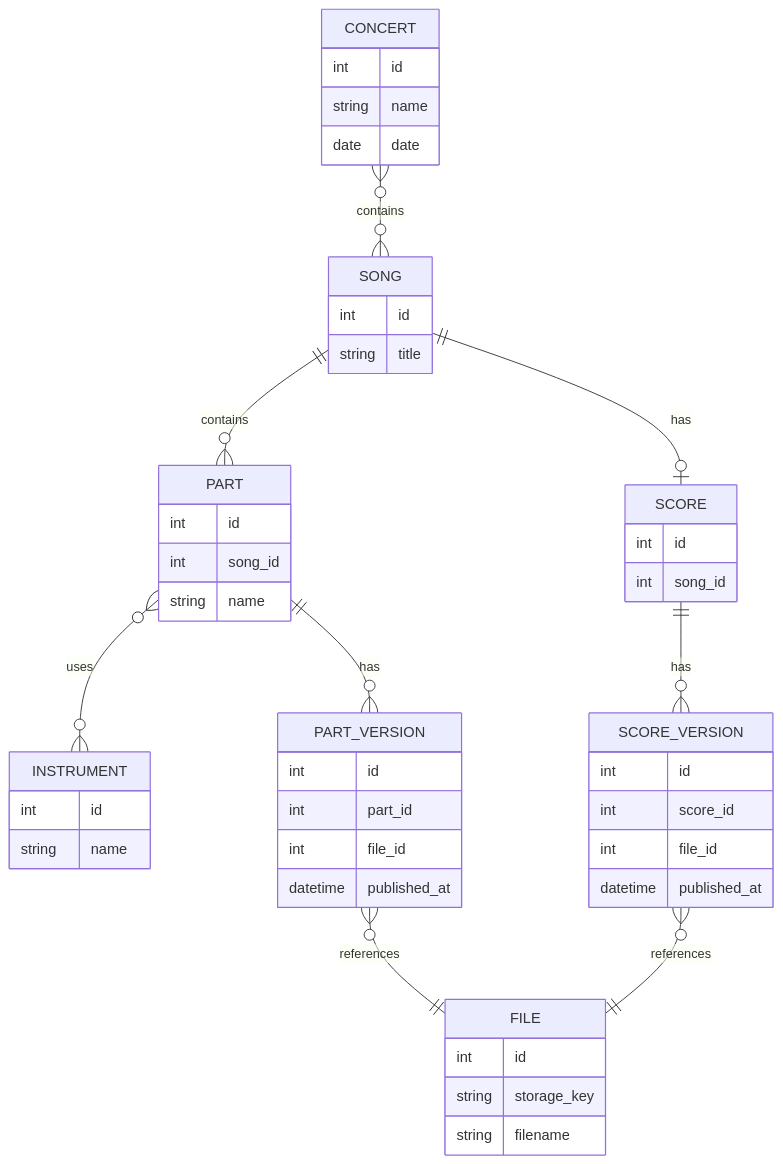
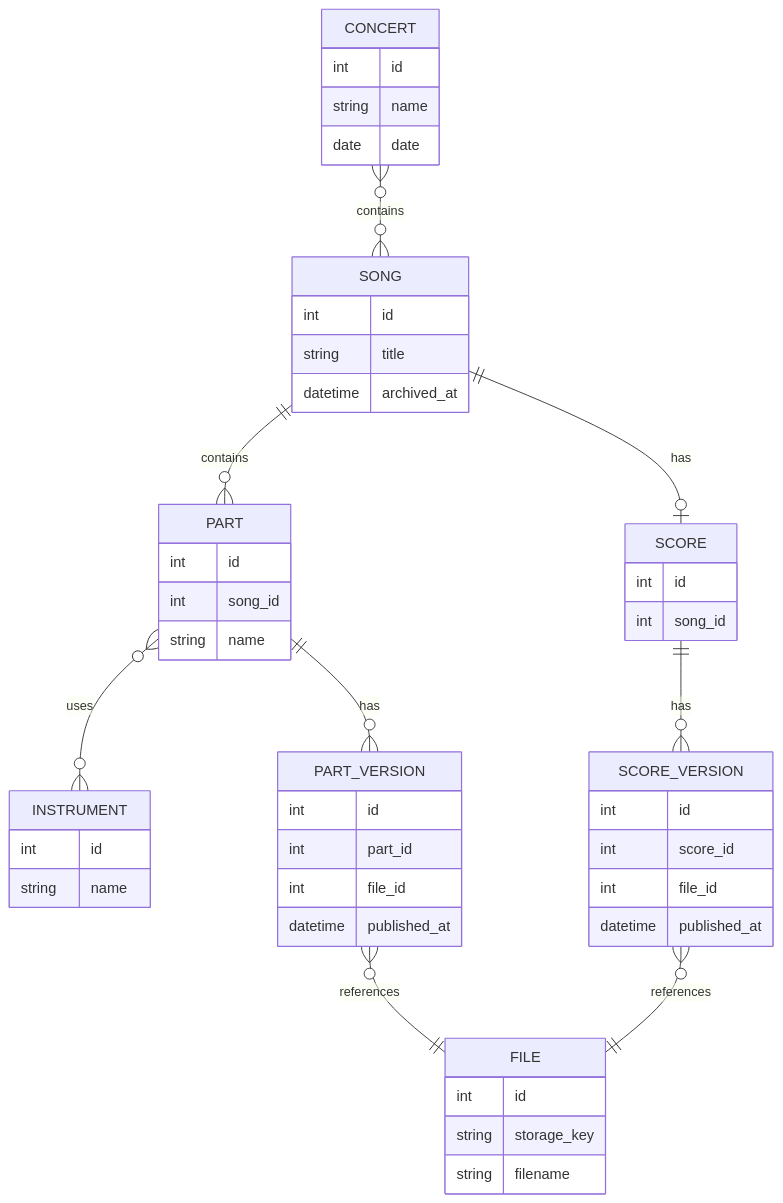
The diagram in docs/domain-model.md (erikdsp/notbibliotek), drawn with Mermaid before and after one commit. The commit also changed 1 other file, not shown here.

Commit message:
docs: add archived_at to song

````diff
--- a/docs/domain-model.md
+++ b/docs/domain-model.md
@@ -3,58 +3,59 @@
 ```mermaid
 erDiagram
     SONG ||--o| SCORE : has
     SONG ||--o{ PART : contains
     PART }o--o{ INSTRUMENT : uses
     PART ||--o{ PART_VERSION : has
     SCORE ||--o{ SCORE_VERSION : has
     PART_VERSION }o--|| FILE : references
     SCORE_VERSION }o--|| FILE : references
     CONCERT }o--o{ SONG : contains
 
     SONG {
         int id
         string title
+        datetime archived_at
     }
 
     SCORE {
         int id
         int song_id
     }
 
     PART {
         int id
         int song_id
         string name
     }
 
     INSTRUMENT {
         int id
         string name
     }
 
     PART_VERSION {
         int id
         int part_id
         int file_id
         datetime published_at
     }
 
     SCORE_VERSION {
         int id
         int score_id
         int file_id
         datetime published_at
     }
 
     FILE {
         int id
         string storage_key
         string filename
     }
 
     CONCERT {
         int id
         string name
         date date
     }
 ```
````
